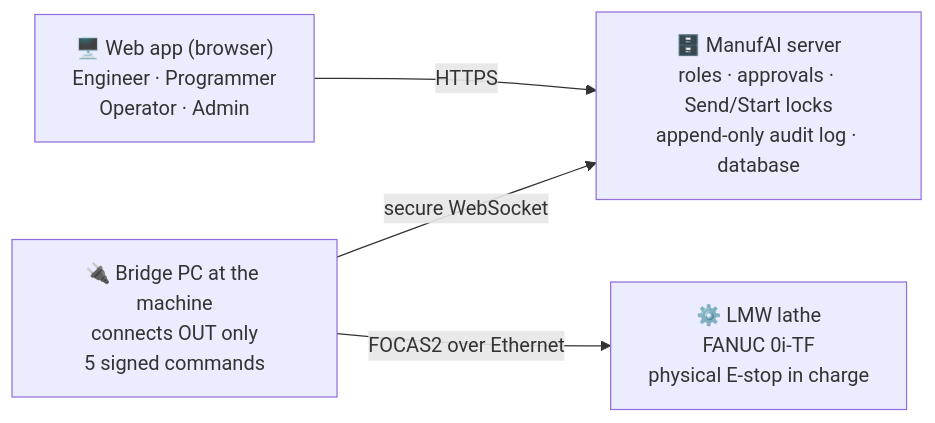
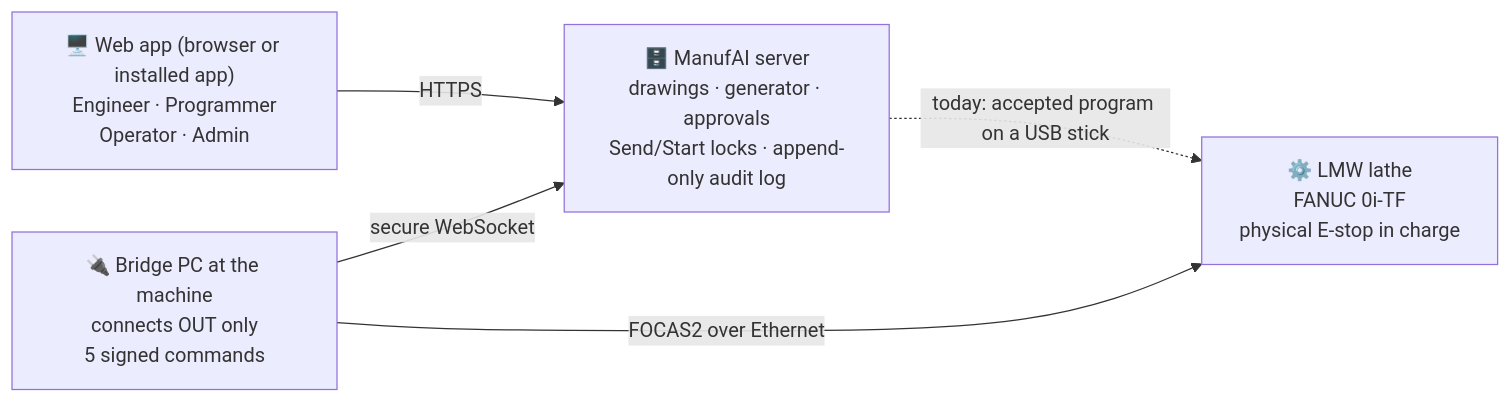
Before and after one commit to PranayViswaraj/SDEW-manuf-AI: the diagram in README.md, drawn with Mermaid. The commit also changed other lines of this file, not shown here.

Commit message:
README: drawing to program, generator, USB route, one-PC production, six machines, test counts

````diff
--- a/README.md
+++ b/README.md
@@ -66,6 +72,7 @@
 ```mermaid
 flowchart LR
-    A["🖥️ Web app (browser)<br/>Engineer · Programmer<br/>Operator · Admin"] -- HTTPS --> B["🗄️ ManufAI server<br/>roles · approvals · Send/Start locks<br/>append-only audit log · database"]
+    A["🖥️ Web app (browser or installed app)<br/>Engineer · Programmer<br/>Operator · Admin"] -- HTTPS --> B["🗄️ ManufAI server<br/>drawings · generator · approvals<br/>Send/Start locks · append-only audit log"]
     C["🔌 Bridge PC at the machine<br/>connects OUT only<br/>5 signed commands"] -- secure WebSocket --> B
     C -- FOCAS2 over Ethernet --> D["⚙️ LMW lathe<br/>FANUC 0i-TF<br/>physical E-stop in charge"]
+    B -. "today: accepted program on a USB stick" .-> D
 ```
````
